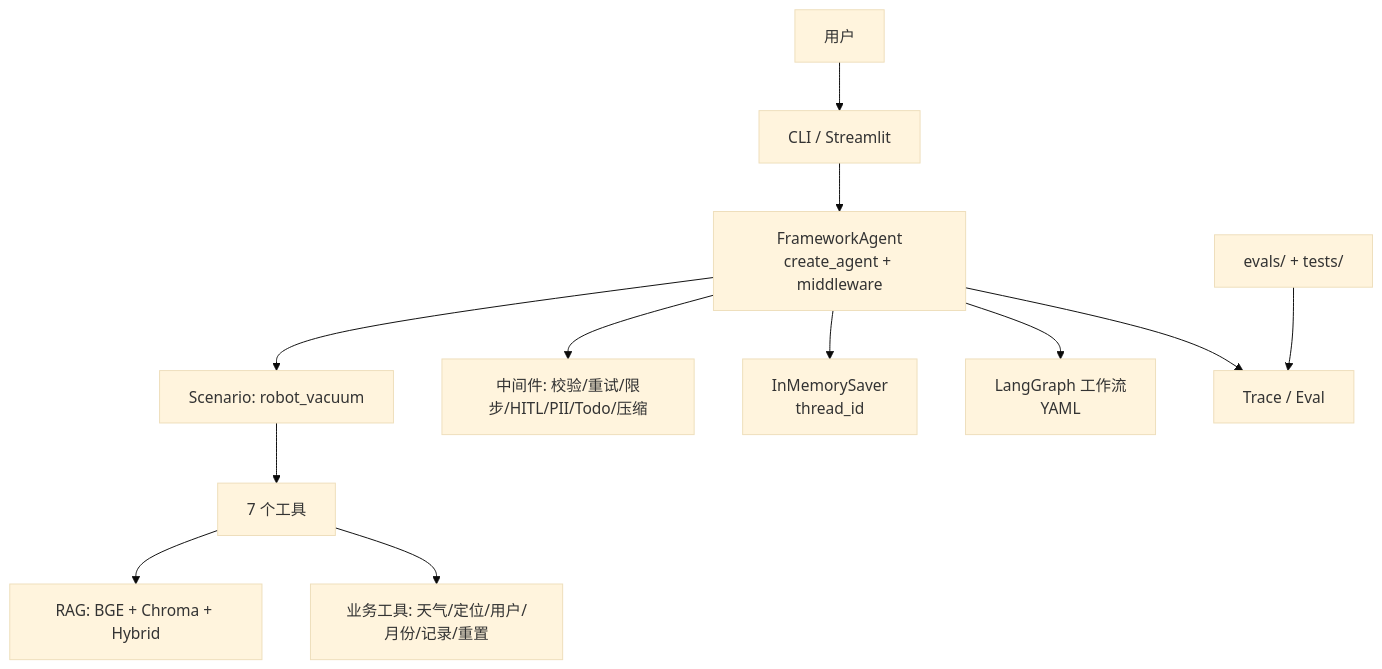
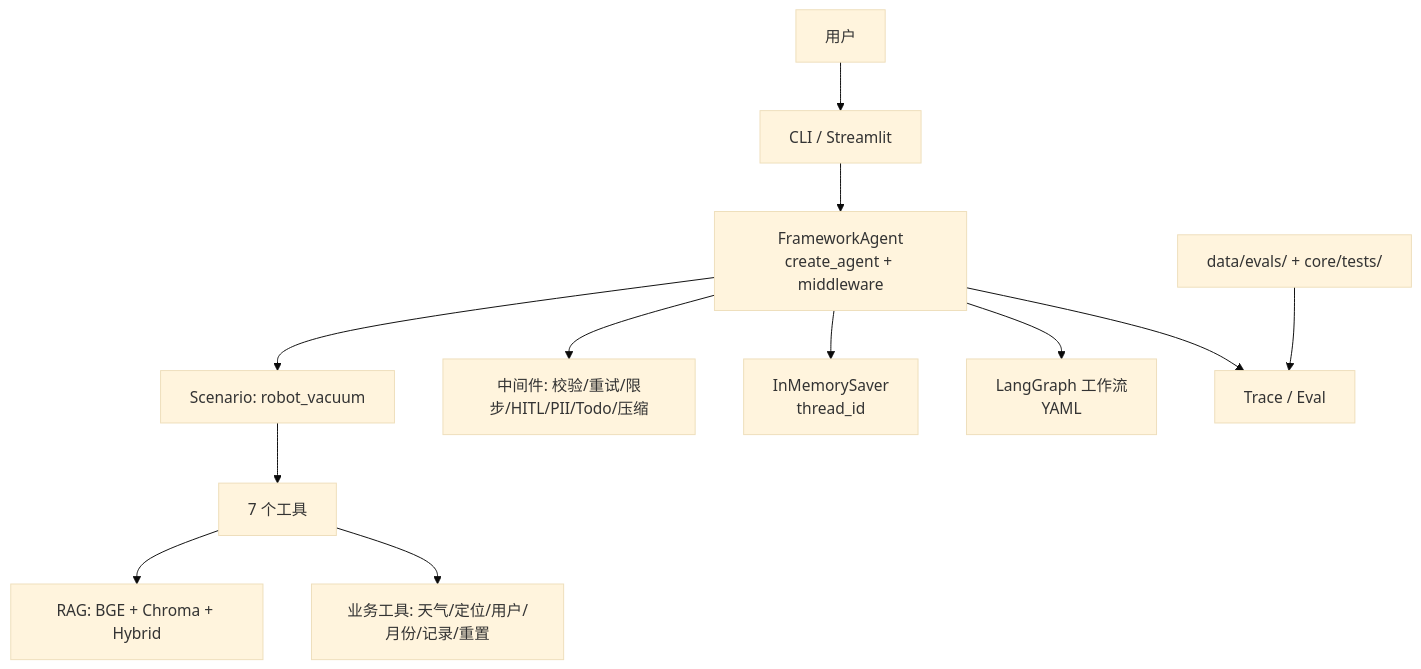
Before and after one commit to Stormlittleliu/agent-harness: the diagram in docs/interview/resume-project-narrative.md, drawn with Mermaid (base theme). The commit also changed other lines of this file and 176 other files, not shown here.

First line of the commit message:
refactor: 根目录压缩为 core/config/data/outputs/docs

````diff
--- a/docs/interview/resume-project-narrative.md
+++ b/docs/interview/resume-project-narrative.md
@@ -108,14 +108,14 @@
 ```mermaid
 flowchart TD
     U[用户] --> CLI[CLI / Streamlit]
     CLI --> F[FrameworkAgent<br/>create_agent + middleware]
     F --> S[Scenario: robot_vacuum]
     S --> T[7 个工具]
     T --> R[RAG: BGE + Chroma + Hybrid]
     T --> X[业务工具: 天气/定位/用户/月份/记录/重置]
     F --> M[中间件: 校验/重试/限步/HITL/PII/Todo/压缩]
     F --> CP[InMemorySaver<br/>thread_id]
     F --> W[LangGraph 工作流<br/>YAML]
     F --> TR[Trace / Eval]
-    E[evals/ + tests/] --> TR
+    E[data/evals/ + core/tests/] --> TR
 ```
````
